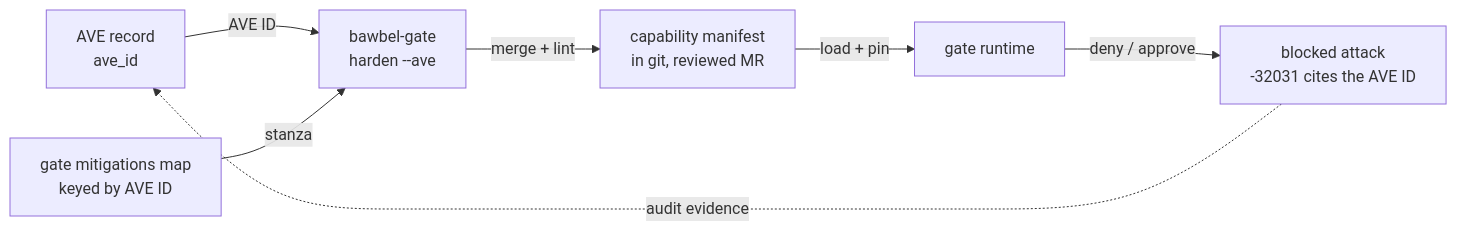
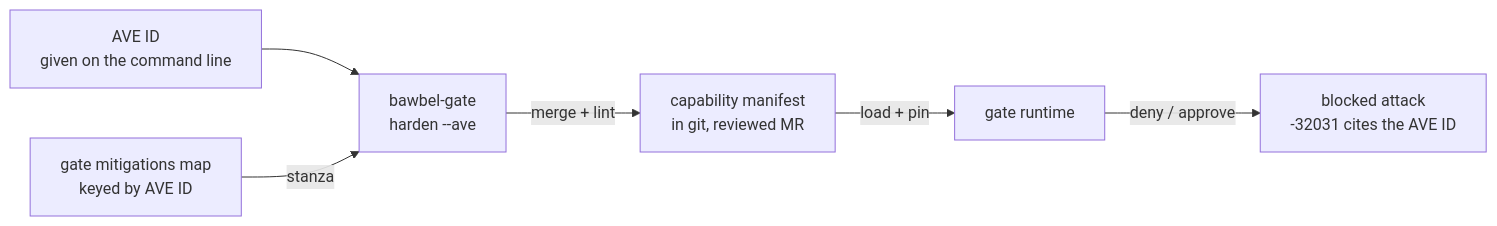
Before and after one commit to bawbel/gate: the second of 4 diagrams in ARCHITECTURE.md, drawn with Mermaid. The commit also changed other lines of this file and 1 other file, not shown here.

First line of the commit message:
docs: Flow C and the glossary agree with DESIGN.md 9.1 (GATE-37)

````diff
--- a/ARCHITECTURE.md
+++ b/ARCHITECTURE.md
@@ -146,9 +148,8 @@
 ```mermaid
 flowchart LR
-    R["AVE record<br/>ave_id"] -->|"AVE ID"| H["bawbel-gate<br/>harden --ave"]
+    I["AVE ID<br/>given on the command line"] --> H["bawbel-gate<br/>harden --ave"]
     S["gate mitigations map<br/>keyed by AVE ID"] -->|"stanza"| H
     H -->|"merge + lint"| M["capability manifest<br/>in git, reviewed MR"]
     M -->|"load + pin"| G["gate runtime"]
     G -->|"deny / approve"| B["blocked attack<br/>-32031 cites the AVE ID"]
-    B -.->|"audit evidence"| R
 ```
````
